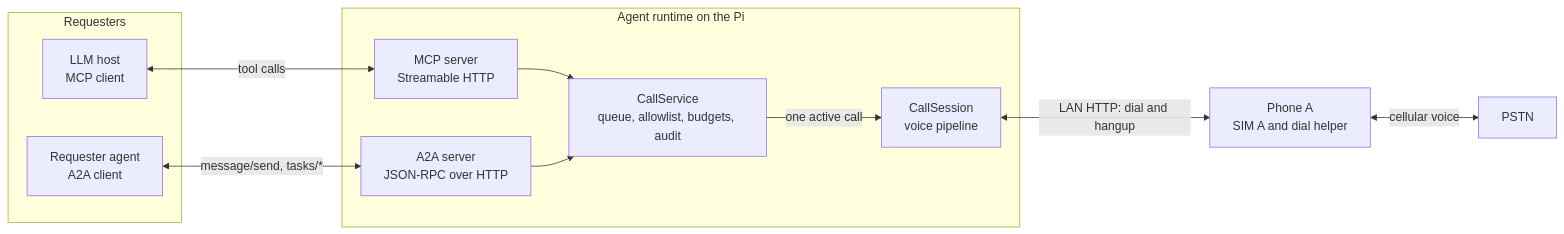
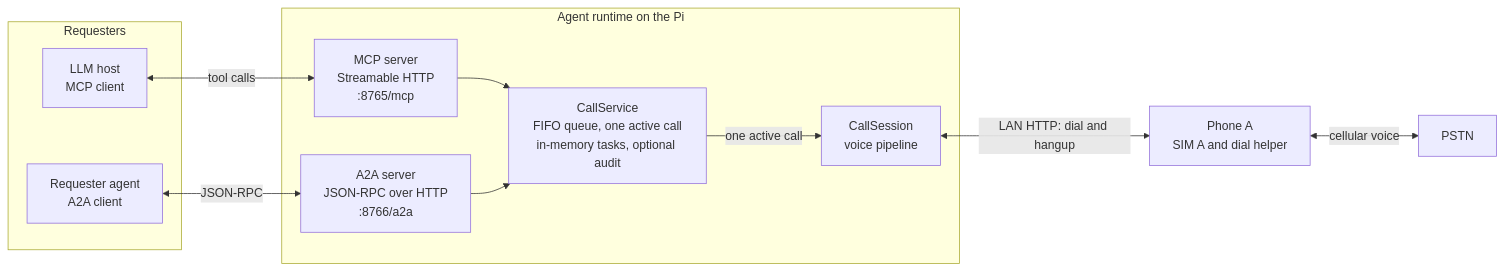
One commit to fahimalizain/android-telephone-agent changed the second of 5 diagrams in docs/architecture.md. Above: the diagram before and after it, drawn with Mermaid. The commit also changed other lines of this file and 6 other files, not shown here.

````diff
--- a/docs/architecture.md
+++ b/docs/architecture.md
@@ -162,22 +163,22 @@
 ```mermaid
 flowchart LR
   subgraph REQ["Requesters"]
     LLM["LLM host<br/>MCP client"]
     AGT["Requester agent<br/>A2A client"]
   end
   subgraph RT["Agent runtime on the Pi"]
-    MCP["MCP server<br/>Streamable HTTP"]
-    A2A["A2A server<br/>JSON-RPC over HTTP"]
-    SVC["CallService<br/>queue, allowlist, budgets, audit"]
+    MCP["MCP server<br/>Streamable HTTP<br/>:8765/mcp"]
+    A2A["A2A server<br/>JSON-RPC over HTTP<br/>:8766/a2a"]
+    SVC["CallService<br/>FIFO queue, one active call<br/>in-memory tasks, optional audit"]
     SES["CallSession<br/>voice pipeline"]
   end
   PA["Phone A<br/>SIM A and dial helper"]
   PSTN["PSTN"]
   LLM <-->|"tool calls"| MCP
-  AGT <-->|"message/send, tasks/*"| A2A
+  AGT <-->|"JSON-RPC"| A2A
   MCP --> SVC
   A2A --> SVC
   SVC -->|"one active call"| SES
   SES <-->|"LAN HTTP: dial and hangup"| PA
   PA <-->|"cellular voice"| PSTN
 ```
````
